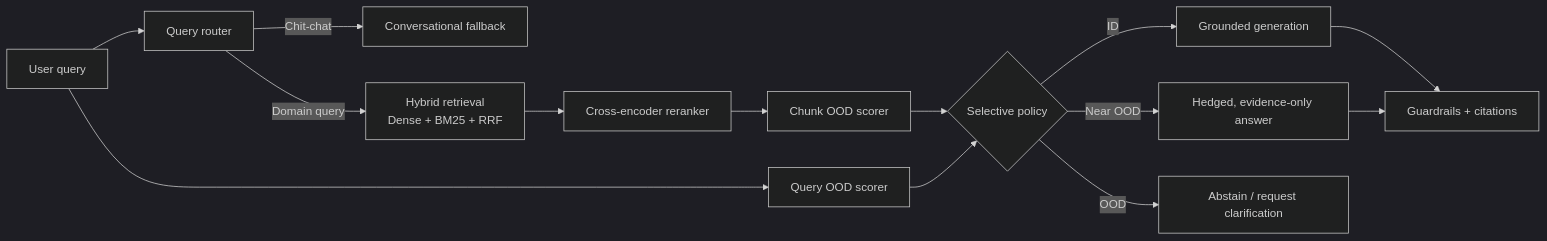
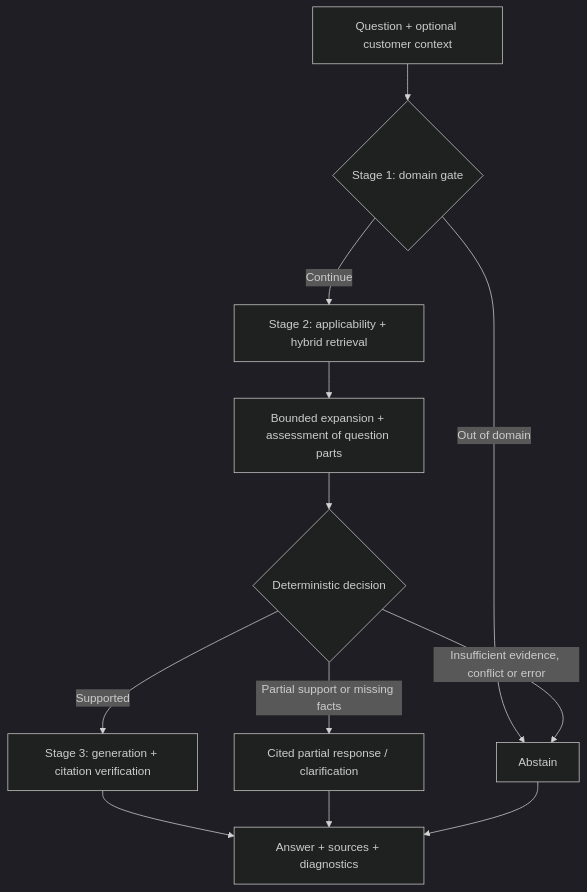
The diagram in README.md (arpit196/OODRAG), drawn with Mermaid (dark theme) before and after one commit. The commit also changed other lines of this file, not shown here.

````diff
--- a/README.md
+++ b/README.md
@@ -21,16 +24,14 @@
 ```mermaid
-flowchart LR
-    Q[User query] --> R[Query router]
-    R -->|Chit-chat| C[Conversational fallback]
-    R -->|Domain query| H[Hybrid retrieval\nDense + BM25 + RRF]
-    H --> X[Cross-encoder reranker]
-    Q --> QS[Query OOD scorer]
-    X --> CS[Chunk OOD scorer]
-    QS --> P{Selective policy}
-    CS --> P
-    P -->|ID| G[Grounded generation]
-    P -->|Near OOD| HG[Hedged, evidence-only answer]
-    P -->|OOD| A[Abstain / request clarification]
-    G --> GR[Guardrails + citations]
-    HG --> GR
+flowchart TD
+    Q[Question + optional customer context] --> S1{Stage 1: domain gate}
+    S1 -->|Out of domain| A[Abstain]
+    S1 -->|Continue| S2[Stage 2: applicability + hybrid retrieval]
+    S2 --> E[Bounded expansion + assessment of question parts]
+    E --> D{Deterministic decision}
+    D -->|Supported| G[Stage 3: generation + citation verification]
+    D -->|Partial support or missing facts| C[Cited partial response / clarification]
+    D -->|Insufficient evidence, conflict or error| A
+    G --> UI[Answer + sources + diagnostics]
+    C --> UI
+    A --> UI
 ```
````
